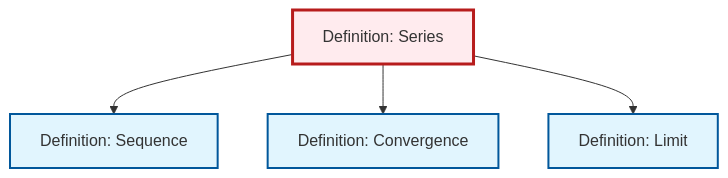
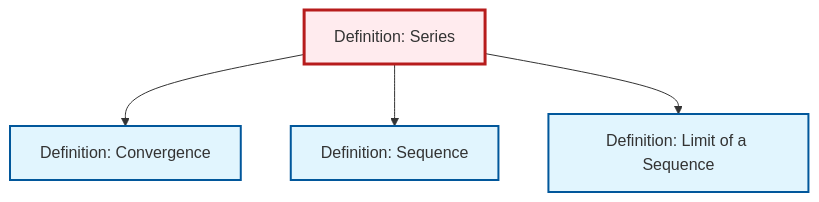
The diagram in content/en/analysis/def-series.qmd (RK0429/ModernMath), drawn with Mermaid before and after one commit. The commit also changed 474 other files, not shown here.

````diff
--- a/content/en/analysis/def-series.qmd
+++ b/content/en/analysis/def-series.qmd
@@ -89,20 +89,20 @@
 ```{mermaid}
 %%| fig-cap: "Local dependency graph"
 graph TD
     classDef definition fill:#e1f5fe,stroke:#01579b,stroke-width:2px
     classDef theorem fill:#f3e5f5,stroke:#4a148c,stroke-width:2px
     classDef axiom fill:#fff3e0,stroke:#e65100,stroke-width:2px
     classDef example fill:#e8f5e9,stroke:#1b5e20,stroke-width:2px
     classDef current fill:#ffebee,stroke:#b71c1c,stroke-width:3px
+    def-limit["Definition: Limit of a Sequence"]:::definition
     def-sequence["Definition: Sequence"]:::definition
     def-convergence["Definition: Convergence"]:::definition
-    def-limit["Definition: Limit"]:::definition
     def-series["Definition: Series"]:::definition
+    def-series --> def-convergence
     def-series --> def-sequence
-    def-series --> def-convergence
     def-series --> def-limit
     class def-series current
+    click def-limit "def-limit.html" "Go to Limit of a Sequence definition"
     click def-sequence "def-sequence.html" "Go to Sequence definition"
     click def-convergence "def-convergence.html" "Go to Convergence definition"
-    click def-limit "def-limit.html" "Go to Limit definition"
 ```
````
